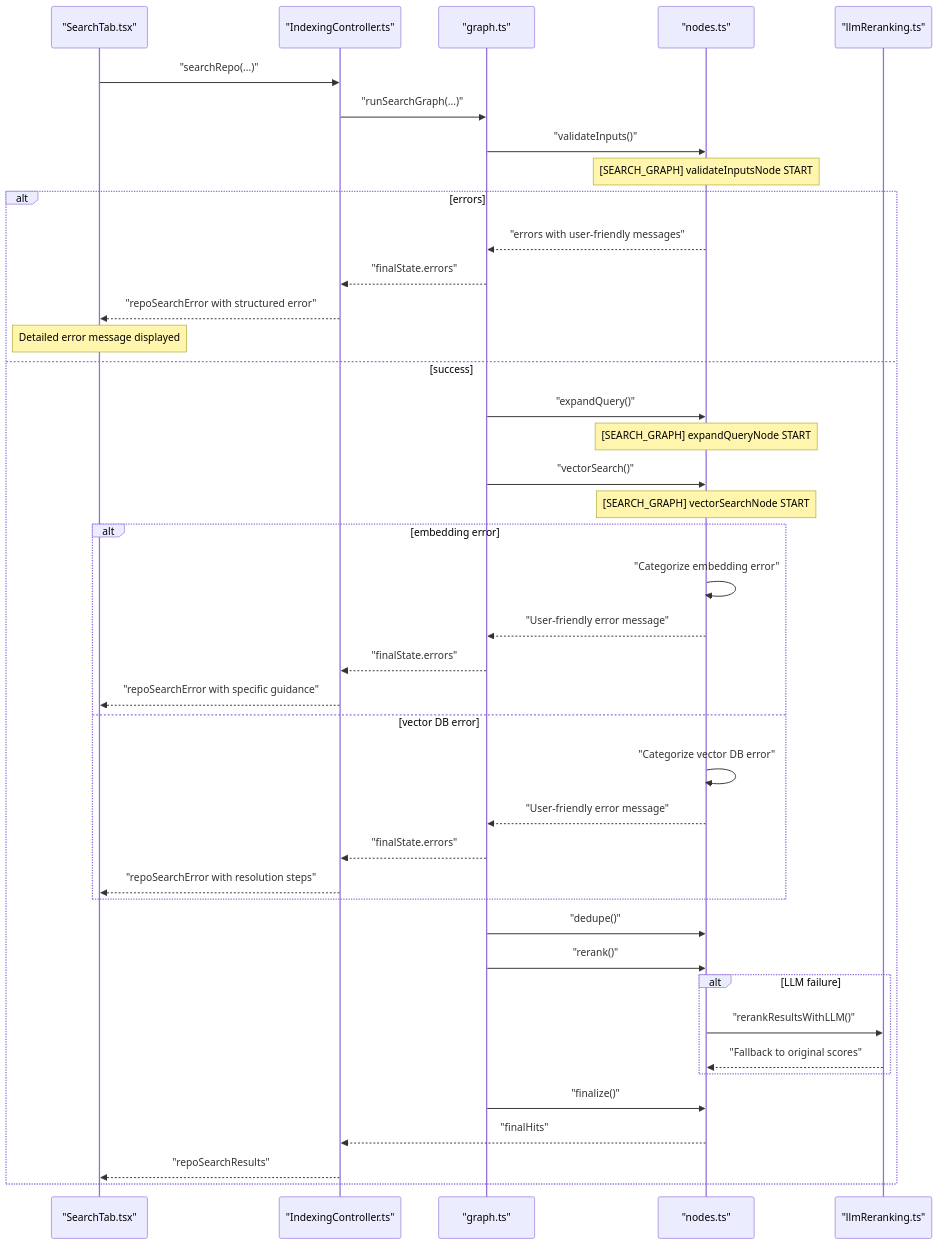
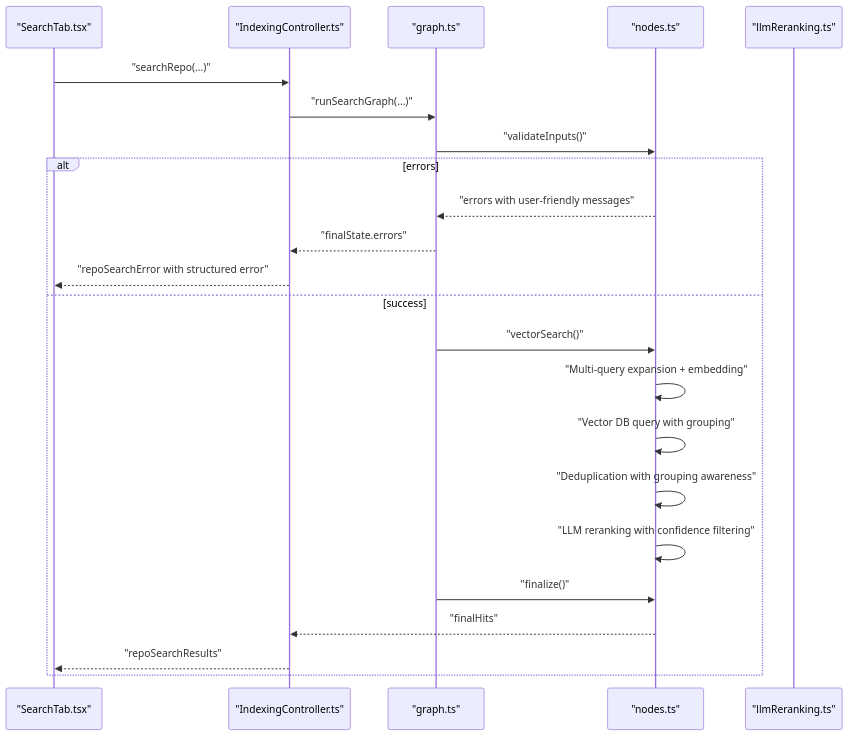
Before and after one commit to bramburn/repomix-runner: the sixth of 6 diagrams in .qoder/repowiki/en/content/Indexing and Search System/Semantic Search Algorithms.md, drawn with Mermaid. The commit also changed other lines of this file and 19 other files, not shown here.

````diff
--- a/.qoder/repowiki/en/content/Indexing and Search System/Semantic Search Algorithms.md
+++ b/.qoder/repowiki/en/content/Indexing and Search System/Semantic Search Algorithms.md
@@ -421,43 +419,25 @@
 ```mermaid
 sequenceDiagram
 participant UI as "SearchTab.tsx"
 participant Ctrl as "IndexingController.ts"
 participant Graph as "graph.ts"
 participant Nodes as "nodes.ts"
 participant LLM as "llmReranking.ts"
 UI->>Ctrl : "searchRepo(...)"
 Ctrl->>Graph : "runSearchGraph(...)"
 Graph->>Nodes : "validateInputs()"
-Note over Nodes : [SEARCH_GRAPH] validateInputsNode START
 alt errors
 Nodes-->>Graph : "errors with user-friendly messages"
 Graph-->>Ctrl : "finalState.errors"
 Ctrl-->>UI : "repoSearchError with structured error"
-Note over UI : Detailed error message displayed
 else success
-Graph->>Nodes : "expandQuery()"
-Note over Nodes : [SEARCH_GRAPH] expandQueryNode START
 Graph->>Nodes : "vectorSearch()"
-Note over Nodes : [SEARCH_GRAPH] vectorSearchNode START
-alt embedding error
-Nodes->>Nodes : "Categorize embedding error"
-Nodes-->>Graph : "User-friendly error message"
-Graph-->>Ctrl : "finalState.errors"
-Ctrl-->>UI : "repoSearchError with specific guidance"
-else vector DB error
-Nodes->>Nodes : "Categorize vector DB error"
-Nodes-->>Graph : "User-friendly error message"
-Graph-->>Ctrl : "finalState.errors"
-Ctrl-->>UI : "repoSearchError with resolution steps"
-end
-Graph->>Nodes : "dedupe()"
-Graph->>Nodes : "rerank()"
-alt LLM failure
-Nodes->>LLM : "rerankResultsWithLLM()"
-LLM-->>Nodes : "Fallback to original scores"
-end
+Nodes->>Nodes : "Multi-query expansion + embedding"
+Nodes->>Nodes : "Vector DB query with grouping"
+Nodes->>Nodes : "Deduplication with grouping awareness"
+Nodes->>Nodes : "LLM reranking with confidence filtering"
 Graph->>Nodes : "finalize()"
 Nodes-->>Ctrl : "finalHits"
 Ctrl-->>UI : "repoSearchResults"
 end
 ```
````
